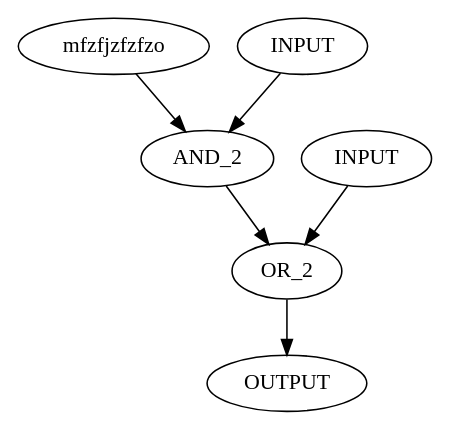
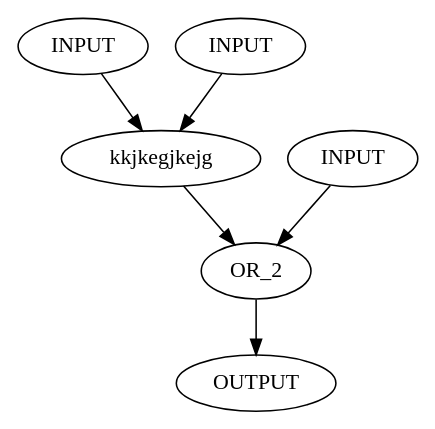
One commit to ozyz/Projet-Info changed the diagram in test.dot. Above: the diagram before and after it, drawn with Graphviz. The commit also changed 8 other files, not shown here.

```diff
--- a/test.dot
+++ b/test.dot
@@ -1,16 +1,16 @@
 digraph G {
 
-  in1[label="mfzfjzfzfzo"]
+  in1[label="INPUT"]
   in2[label="INPUT"]
   in3[label="INPUT"]
   out1[label="OUTPUT"]
-  and[label="AND_2"]
+  and[label="kkjkegjkejg"]
   or[label="OR_2"]
 
   in1-> and
   in2-> and
   in3-> or
   and-> or
   or-> out1
 
 }
```
